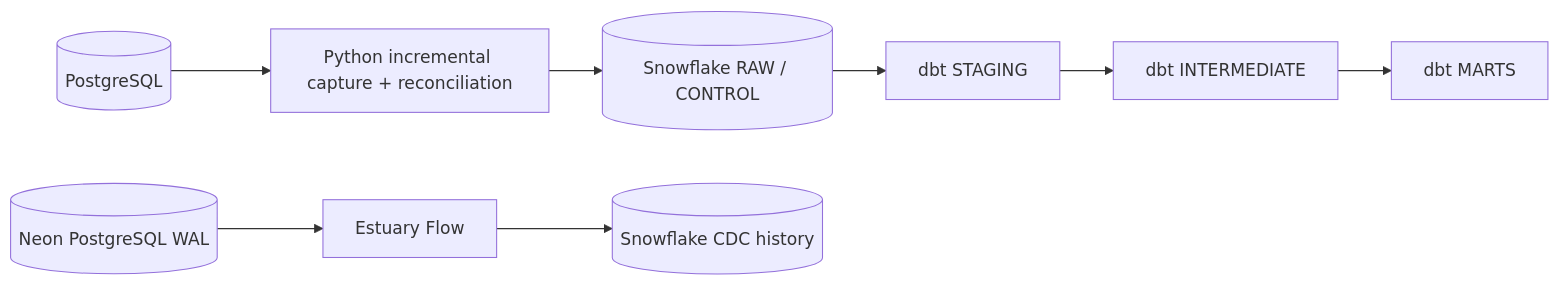
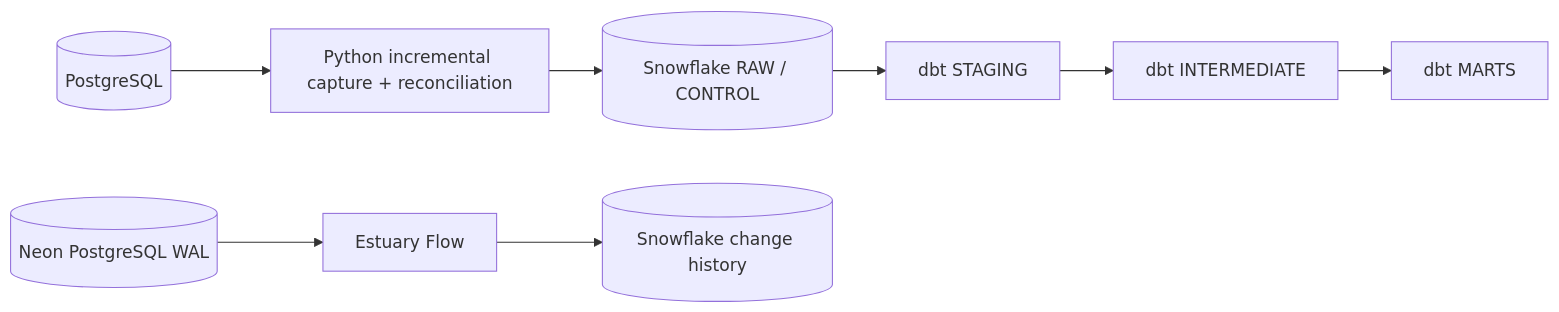
One commit to NiknaxTheGreek/pet-insurance-data-platform changed the diagram in README.md. Above: the diagram before and after it, drawn with Mermaid. The commit also changed other lines of this file, not shown here.

Commit message:
docs: introduce CDC after plain-language context

````diff
--- a/README.md
+++ b/README.md
@@ -13,11 +13,11 @@
 ```mermaid
 flowchart LR
     PG[(PostgreSQL)] --> PY[Python incremental capture + reconciliation]
     PY --> RAW[(Snowflake RAW / CONTROL)]
     RAW --> STG[dbt STAGING]
     STG --> INT[dbt INTERMEDIATE]
     INT --> MARTS[dbt MARTS]
 
     NEON[(Neon PostgreSQL WAL)] --> EST[Estuary Flow]
-    EST --> CDC[(Snowflake CDC history)]
+    EST --> HIST[(Snowflake change history)]
 ```
````
